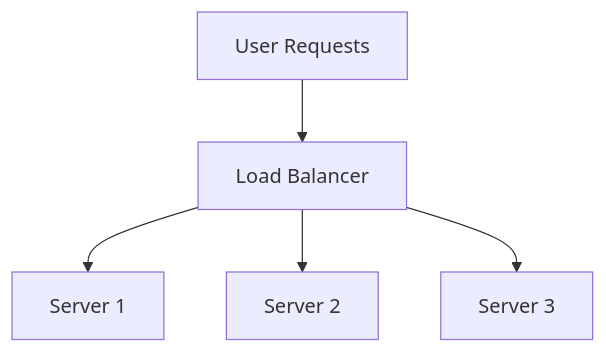
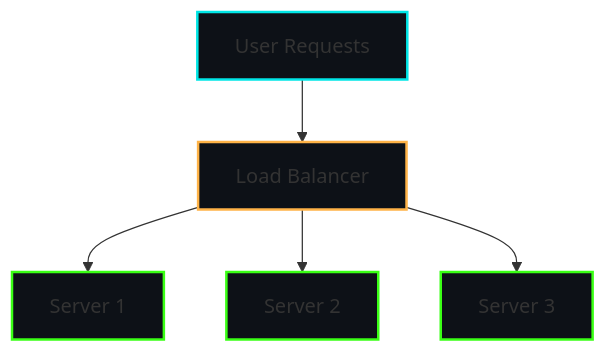
One commit to talal-nabulsi/system-design-brain changed the fourth of 4 diagrams in urlshortener.md. Above: the diagram before and after it, drawn with Mermaid. The commit also changed other lines of this file, not shown here.

````diff
--- a/urlshortener.md
+++ b/urlshortener.md
@@ -170,7 +188,13 @@
 ```mermaid
 graph TD;
+    style UserRequests fill:#0d1117,stroke:#00e6e6,stroke-width:2px;
+    style LoadBalancer fill:#0d1117,stroke:#ffb347,stroke-width:2px;
+    style Server1 fill:#0d1117,stroke:#39ff14,stroke-width:2px;
+    style Server2 fill:#0d1117,stroke:#39ff14,stroke-width:2px;
+    style Server3 fill:#0d1117,stroke:#39ff14,stroke-width:2px;
+
     UserRequests[User Requests] --> LoadBalancer[Load Balancer];
     LoadBalancer --> Server1[Server 1];
     LoadBalancer --> Server2[Server 2];
     LoadBalancer --> Server3[Server 3];
 ```
````
